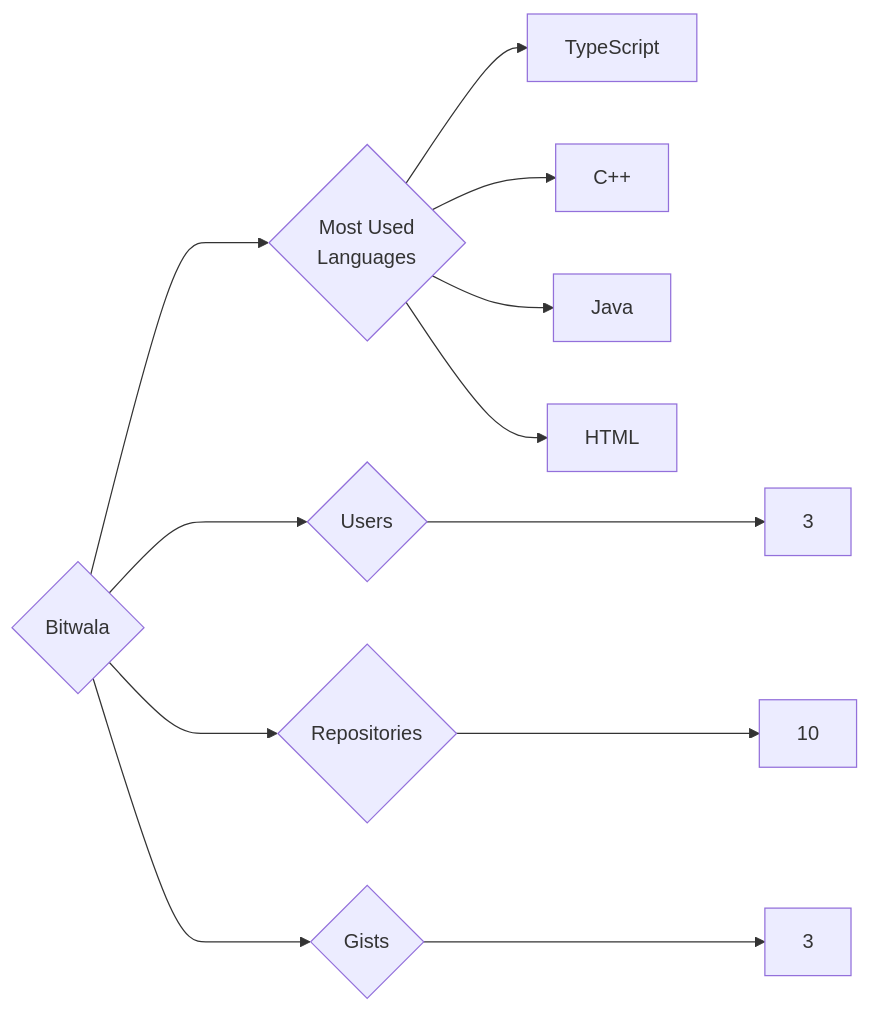
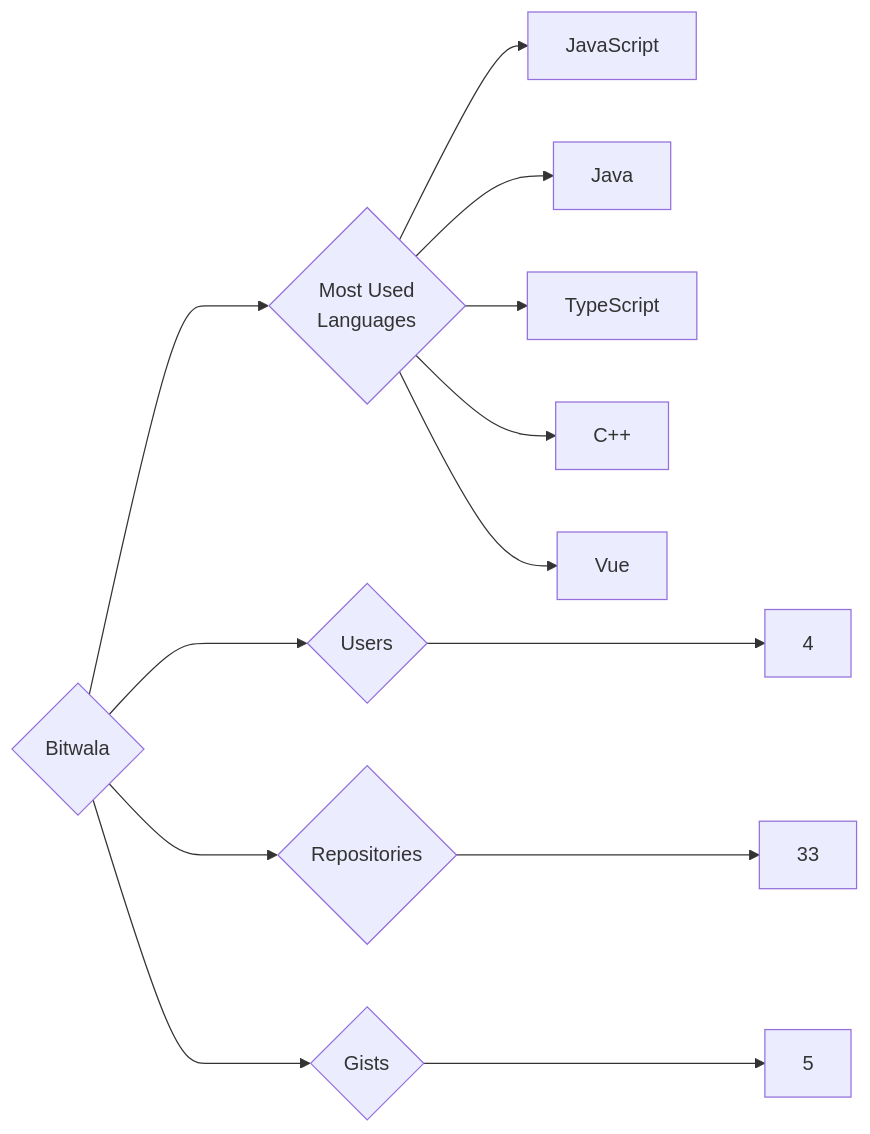
One commit to trickest/insiders changed the diagram in targets/Bitwala/README.md. Above: the diagram before and after it, drawn with Mermaid. The commit also changed 1123 other files, not shown here.

````diff
--- a/targets/Bitwala/README.md
+++ b/targets/Bitwala/README.md
@@ -3,12 +3,13 @@
 ```mermaid
 graph LR
 COMPANY_NAME{Bitwala}
-COMPANY_NAME ---> U{Users} ---> UN[3]
-COMPANY_NAME ---> R{Repositories} ---> RN[10]
-COMPANY_NAME ---> G{Gists} ---> GN[3]
+COMPANY_NAME ---> U{Users} ---> UN[4]
+COMPANY_NAME ---> R{Repositories} ---> RN[33]
+COMPANY_NAME ---> G{Gists} ---> GN[5]
 COMPANY_NAME ---> ML{Most Used<br>Languages}
+ML --> JavaScript[JavaScript]
+ML --> Java[Java]
 ML --> TypeScript[TypeScript]
 ML --> C++[C++]
-ML --> Java[Java]
-ML --> HTML[HTML]
+ML --> Vue[Vue]
 ```
````
